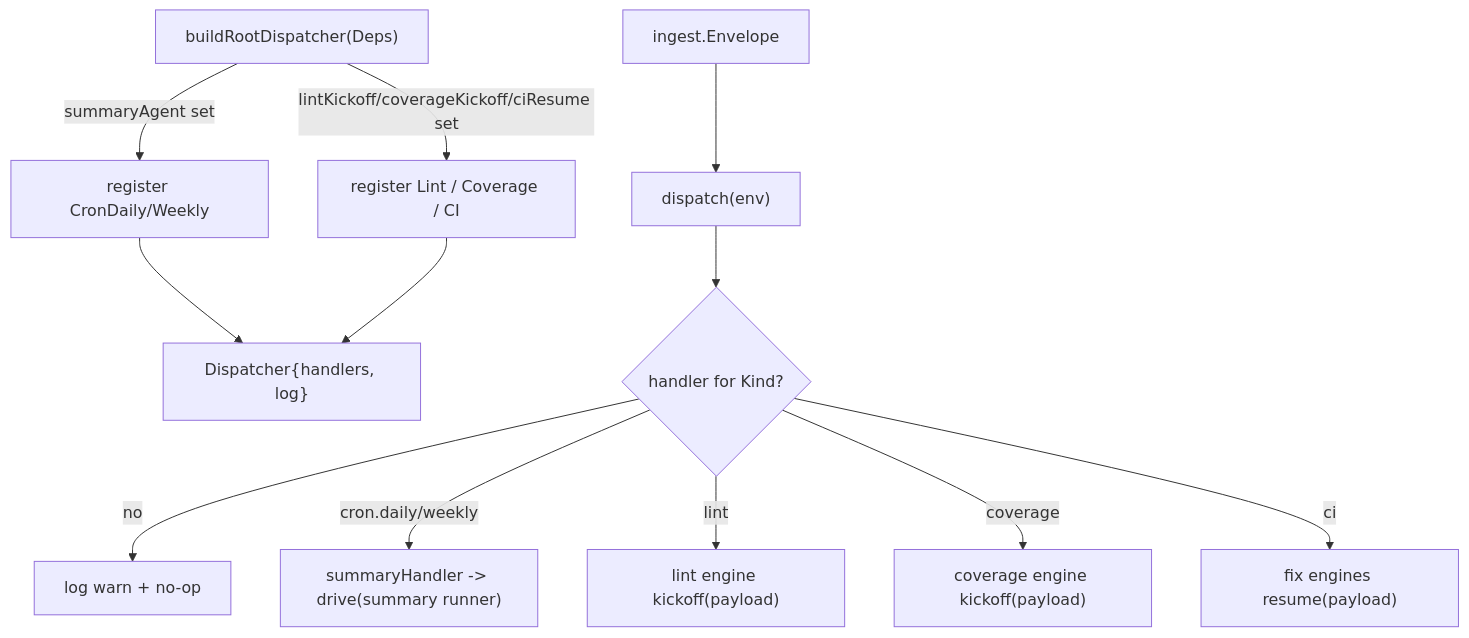
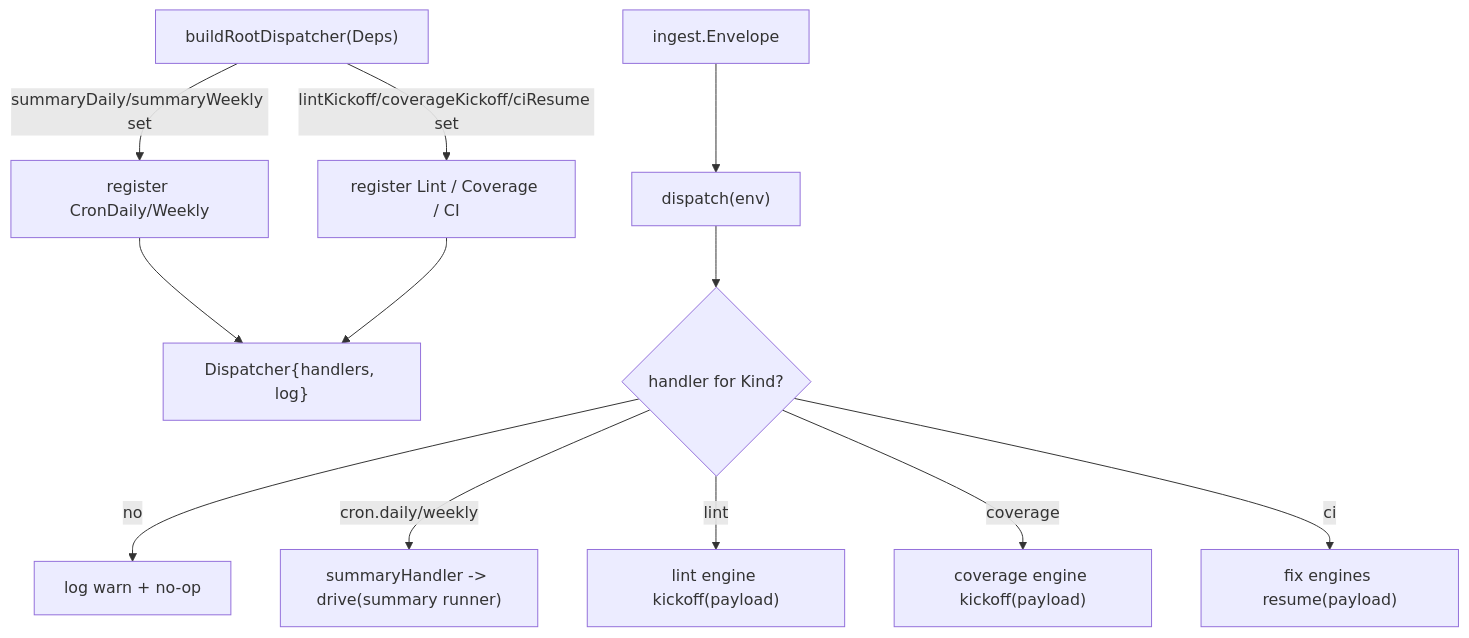
Before and after one commit to jkjamies/automation-agent: the diagram in javascript/src/agent/root/AGENTS.md, drawn with Mermaid. The commit also changed other lines of this file and 30 other files, not shown here.

````diff
--- a/javascript/src/agent/root/AGENTS.md
+++ b/javascript/src/agent/root/AGENTS.md
@@ -5,14 +5,14 @@
 ```mermaid
 flowchart TD
-    Build["buildRootDispatcher(Deps)"] -->|"summaryAgent set"| RegC["register CronDaily/Weekly"]
+    Build["buildRootDispatcher(Deps)"] -->|"summaryDaily/summaryWeekly set"| RegC["register CronDaily/Weekly"]
     Build -->|"lintKickoff/coverageKickoff/ciResume set"| RegL["register Lint / Coverage / CI"]
     RegC --> D["Dispatcher{handlers, log}"]
     RegL --> D
     Env["ingest.Envelope"] --> Disp["dispatch(env)"]
     Disp --> M{"handler for Kind?"}
     M -->|no| Warn["log warn + no-op"]
     M -->|"cron.daily/weekly"| Sum["summaryHandler -> drive(summary runner)"]
     M -->|lint| LK["lint engine kickoff(payload)"]
     M -->|coverage| CK["coverage engine kickoff(payload)"]
     M -->|ci| LR["fix engines resume(payload)"]
 ```
````
